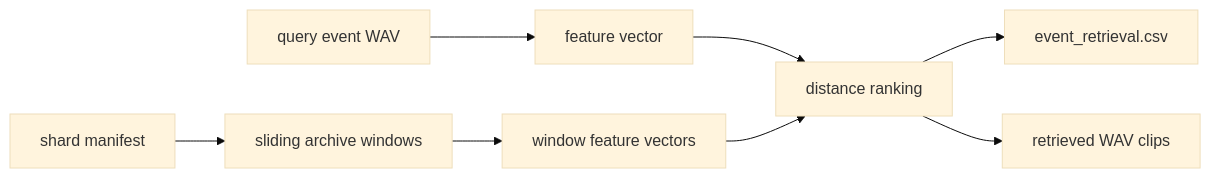
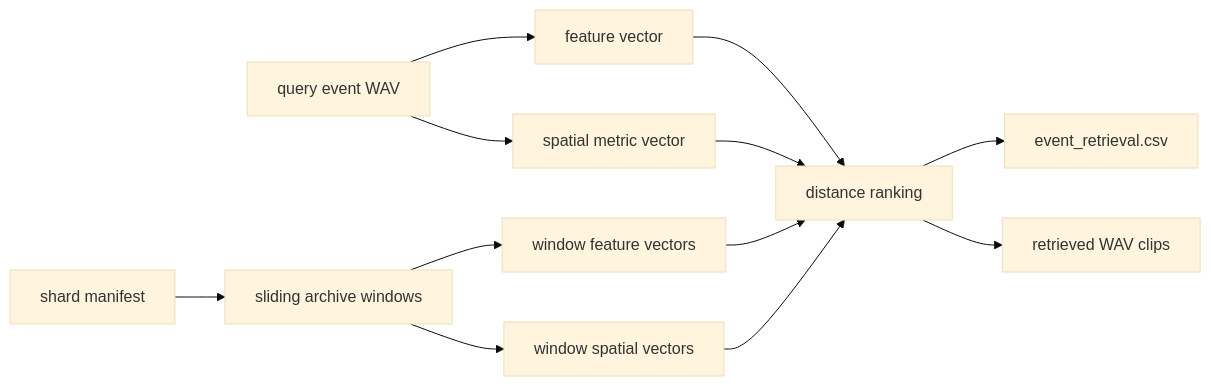
One commit to TheColby/ecoSignalLab changed the fourth of 4 diagrams in docs/SHARD_WORKFLOWS.md. Above: the diagram before and after it, drawn with Mermaid (base theme). The commit also changed other lines of this file and 6 other files, not shown here.

````diff
--- a/docs/SHARD_WORKFLOWS.md
+++ b/docs/SHARD_WORKFLOWS.md
@@ -463,10 +502,14 @@
 ```mermaid
 flowchart LR
     A["query event WAV"] --> B["feature vector"]
+    A --> I["spatial metric vector"]
     C["shard manifest"] --> D["sliding archive windows"]
     D --> E["window feature vectors"]
+    D --> J["window spatial vectors"]
     B --> F["distance ranking"]
     E --> F
+    I --> F
+    J --> F
     F --> G["event_retrieval.csv"]
     F --> H["retrieved WAV clips"]
 ```
````
